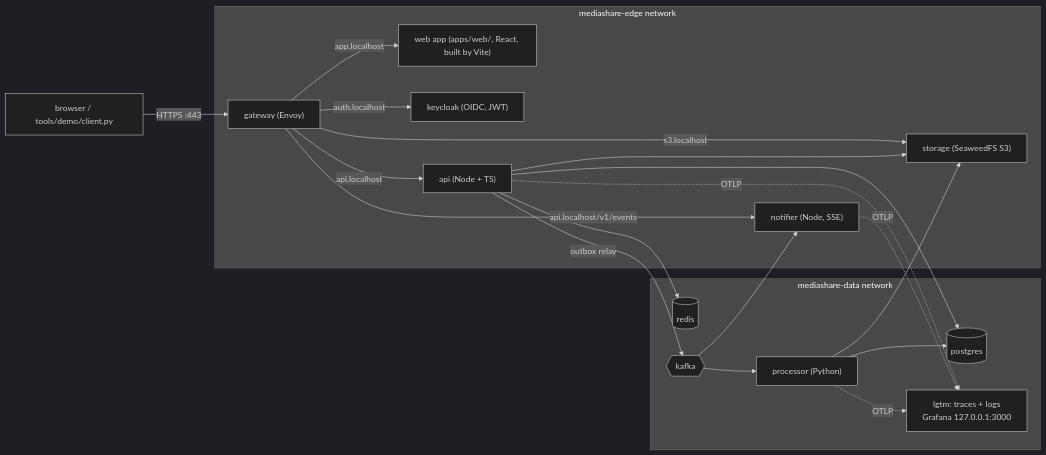
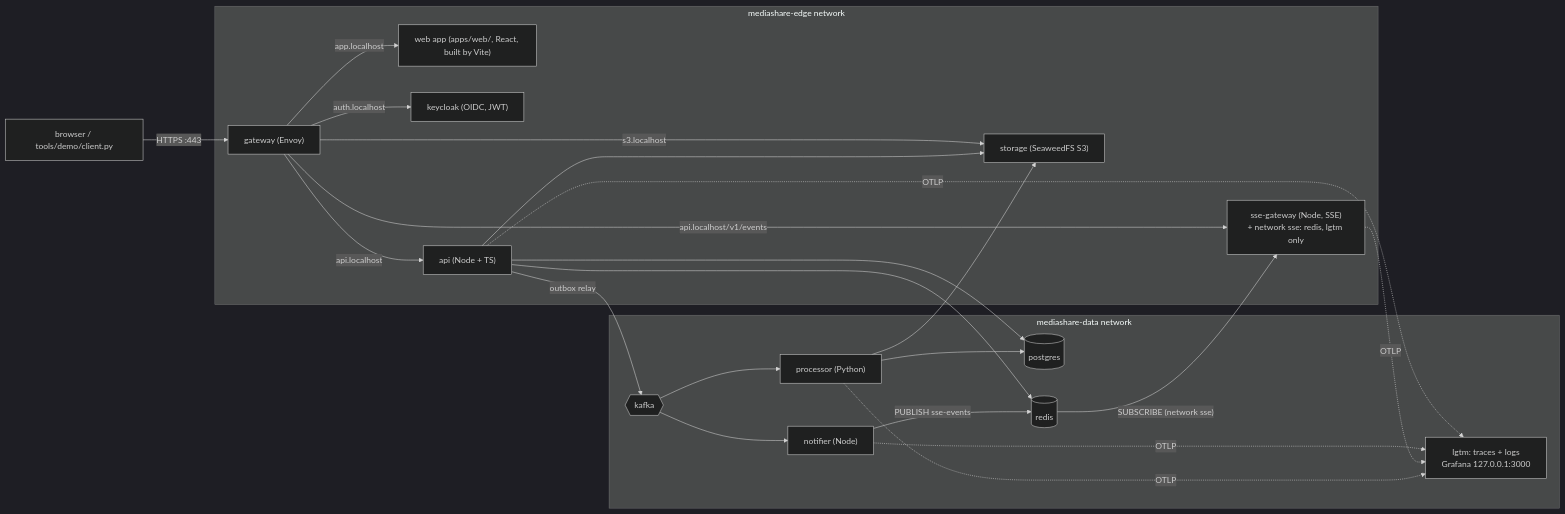
Before and after one commit to taraskhvyl/distributed-systems: the diagram in README.md, drawn with Mermaid (dark theme). The commit also changed other lines of this file and 30 other files, not shown here.

First line of the commit message:
feat: split SSE out of the notifier into sse-gateway (no Kafka, SUBSCRIBE-only Redis)

````diff
--- a/README.md
+++ b/README.md
@@ -11,38 +11,42 @@
 ```mermaid
 flowchart LR
   browser["browser / tools/demo/client.py"] -- "HTTPS :443" --> gateway
 
   subgraph edge["mediashare-edge network"]
     gateway["gateway (Envoy)"]
     web["web app (apps/web/, React, built by Vite)"]
     keycloak["keycloak (OIDC, JWT)"]
     api["api (Node + TS)"]
-    notifier["notifier (Node, SSE)"]
+    sse["sse-gateway (Node, SSE)<br/>+ network sse: redis, lgtm only"]
     storage["storage (SeaweedFS S3)"]
     gateway -- "app.localhost" --> web
     gateway -- "auth.localhost" --> keycloak
     gateway -- "api.localhost" --> api
-    gateway -- "api.localhost/v1/events" --> notifier
+    gateway -- "api.localhost/v1/events" --> sse
     gateway -- "s3.localhost" --> storage
   end
 
   subgraph data["mediashare-data network"]
     postgres[(postgres)]
     redis[(redis)]
     kafka{{kafka}}
     processor["processor (Python)"]
+    notifier["notifier (Node)"]
     lgtm["lgtm: traces + logs<br/>Grafana 127.0.0.1:3000"]
   end
 
   api --> postgres
   api --> redis
   api -- "outbox relay" --> kafka
   kafka --> processor
   kafka --> notifier
+  notifier -- "PUBLISH sse-events" --> redis
+  redis -- "SUBSCRIBE (network sse)" --> sse
   processor --> postgres
   processor --> storage
   api --> storage
   api -. OTLP .-> lgtm
   notifier -. OTLP .-> lgtm
+  sse -. OTLP .-> lgtm
   processor -. OTLP .-> lgtm
 ```
````
